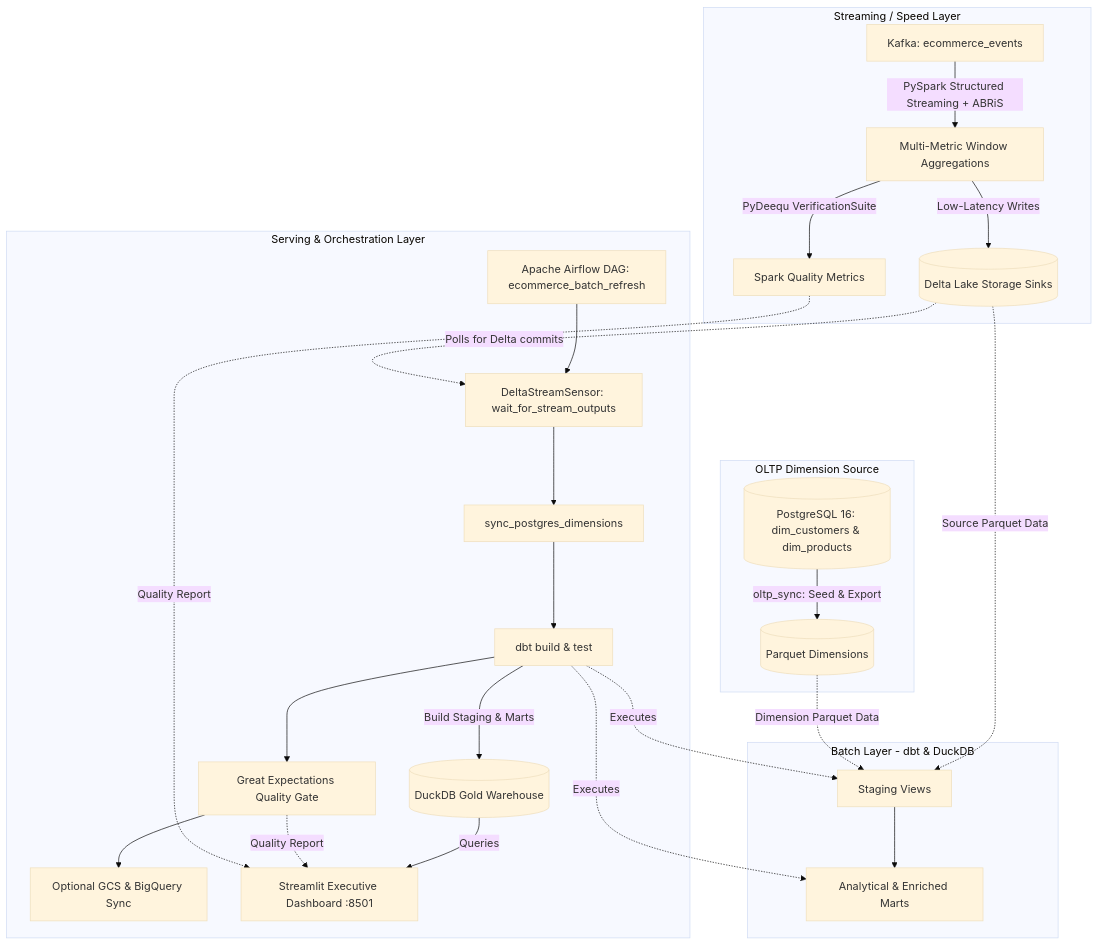
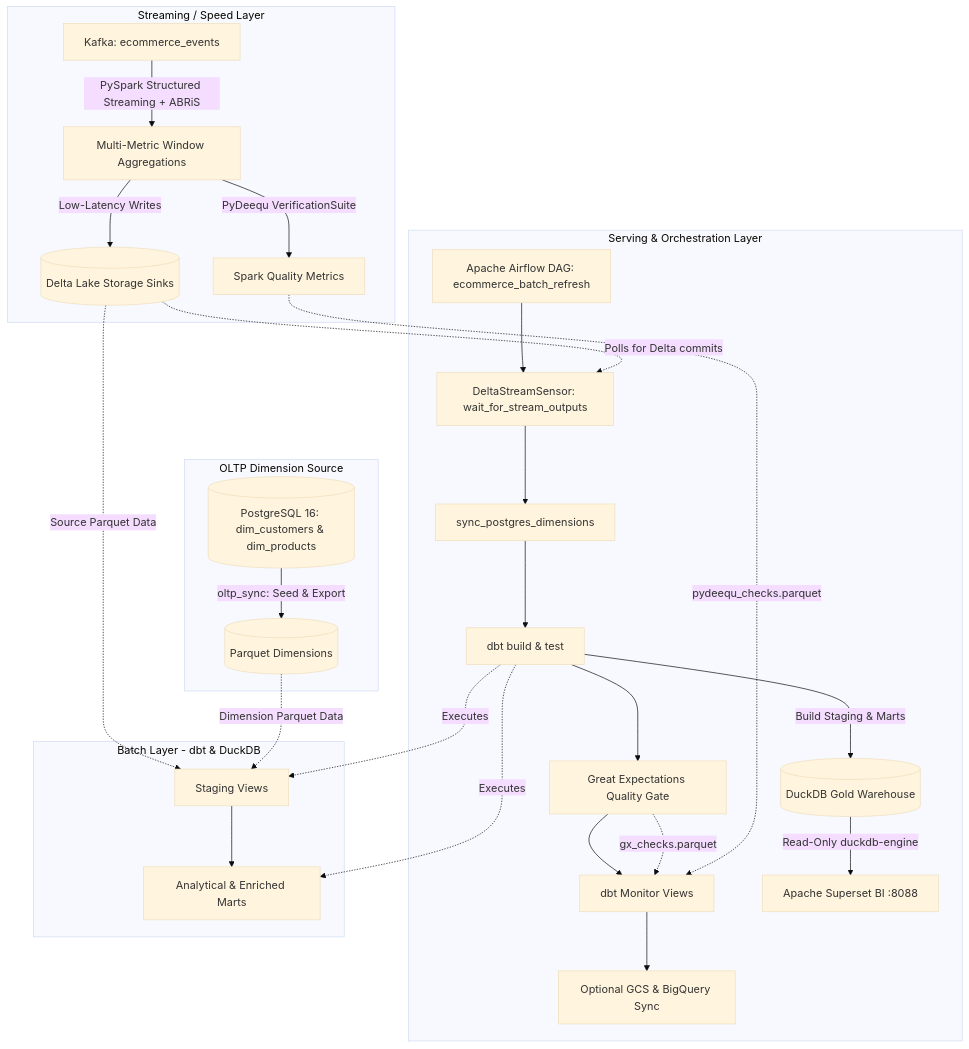
The diagram in projects/ecommerce/README.md (JayKay24/data-engineering), drawn with Mermaid (base theme) before and after one commit. The commit also changed other lines of this file and 53 other files, not shown here.

Commit message:
feat(bi): replace Streamlit and Plotly with Apache Superset 6.1.0 and Dashboards-as-Code

````diff
--- a/projects/ecommerce/README.md
+++ b/projects/ecommerce/README.md
@@ -5,33 +5,34 @@
 ```mermaid
 flowchart TD
     subgraph OLTP [OLTP Dimension Source]
         PG[(PostgreSQL 16: dim_customers & dim_products)] -->|oltp_sync: Seed & Export| DIM[(Parquet Dimensions)]
     end
 
     subgraph Speed Layer [Streaming / Speed Layer]
         K[Kafka: ecommerce_events] -->|PySpark Structured Streaming + ABRiS| SS[Multi-Metric Window Aggregations]
         SS -->|PyDeequ VerificationSuite| DEEQU[Spark Quality Metrics]
         SS -->|Low-Latency Writes| DL[(Delta Lake Storage Sinks)]
     end
 
     subgraph Serving & Orchestration [Serving & Orchestration Layer]
         AF[Apache Airflow DAG: ecommerce_batch_refresh] --> SENSOR[DeltaStreamSensor: wait_for_stream_outputs]
         DL -.->|Polls for Delta commits| SENSOR
         SENSOR --> SYNC[sync_postgres_dimensions]
         SYNC --> DBT[dbt build & test]
         DBT --> GX[Great Expectations Quality Gate]
-        GX --> GCP[Optional GCS & BigQuery Sync]
+        GX --> MON[dbt Monitor Views]
+        MON --> GCP[Optional GCS & BigQuery Sync]
         DBT -->|Build Staging & Marts| DUCK[(DuckDB Gold Warehouse)]
-        DUCK -->|Queries| VIZ[Streamlit Executive Dashboard :8501]
-        GX -.->|Quality Report| VIZ
-        DEEQU -.->|Quality Report| VIZ
+        DUCK -->|Read-Only duckdb-engine| BI[Apache Superset BI :8088]
+        GX -.->|gx_checks.parquet| MON
+        DEEQU -.->|pydeequ_checks.parquet| MON
     end
 
     subgraph Batch Layer [Batch Layer - dbt & DuckDB]
         DBT -.->|Executes| STG[Staging Views]
         DBT -.->|Executes| MARTS[Analytical & Enriched Marts]
         DL -.->|Source Parquet Data| STG
         DIM -.->|Dimension Parquet Data| STG
         STG --> MARTS
     end
 ```
````
